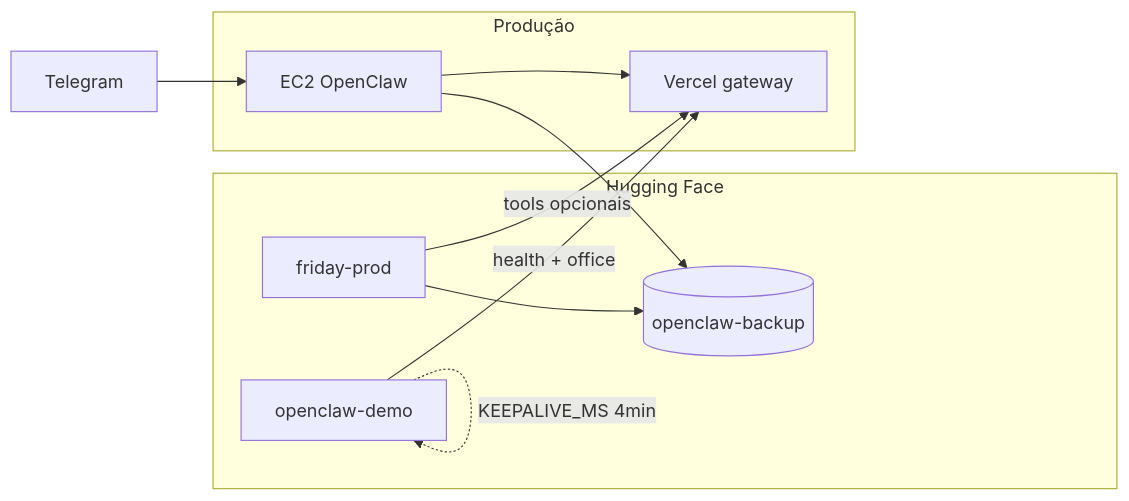
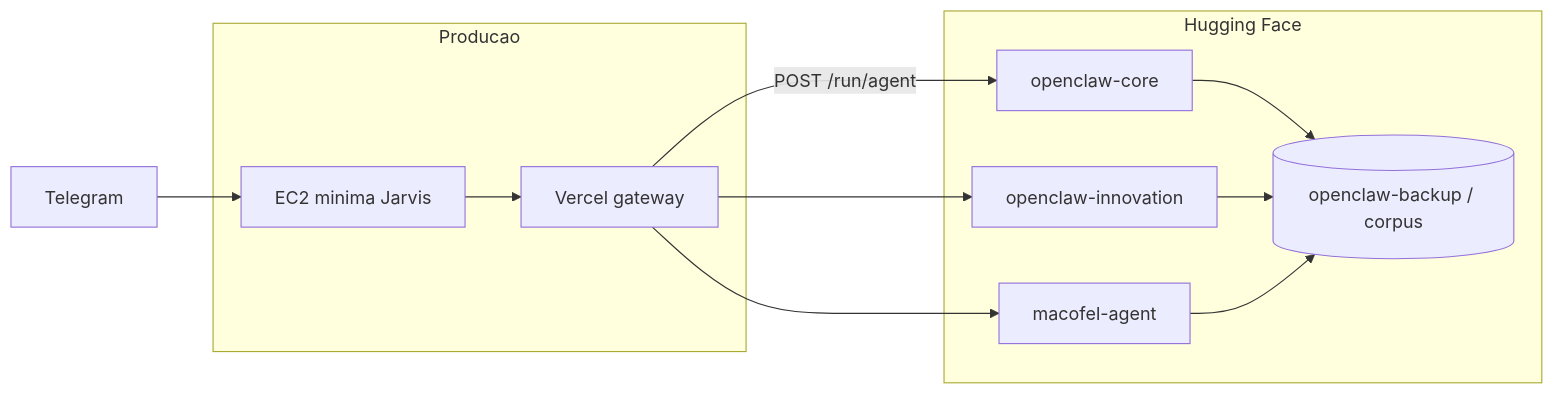
The diagram in docs/HF-DEPLOY-FRIDAY.md (Aldebaran-LW/Agente_F.R.I.D.A.Y), drawn with Mermaid before and after one commit. The commit also changed other lines of this file and 3 other files, not shown here.

````diff
--- a/docs/HF-DEPLOY-FRIDAY.md
+++ b/docs/HF-DEPLOY-FRIDAY.md
@@ -11,19 +13,21 @@
 ```mermaid
 flowchart LR
   subgraph hf [Hugging Face]
-    DEMO[openclaw-demo]
-    FRI[friday-prod]
-    DS[(openclaw-backup)]
+    CORE[openclaw-core]
+    INN[openclaw-innovation]
+    MAC[macofel-agent]
+    DS[(openclaw-backup / corpus)]
   end
-  subgraph prod [Produção]
-    EC2[EC2 OpenClaw]
+  subgraph prod [Producao]
+    EC2[EC2 minima Jarvis]
     VER[Vercel gateway]
   end
   TG[Telegram] --> EC2
   EC2 --> VER
-  DEMO -->|health + office| VER
-  FRI -->|tools opcionais| VER
-  EC2 --> DS
-  FRI --> DS
-  DEMO -.->|KEEPALIVE_MS 4min| DEMO
+  VER -->|POST /run/agent| CORE
+  VER --> INN
+  VER --> MAC
+  CORE --> DS
+  INN --> DS
+  MAC --> DS
 ```
````
